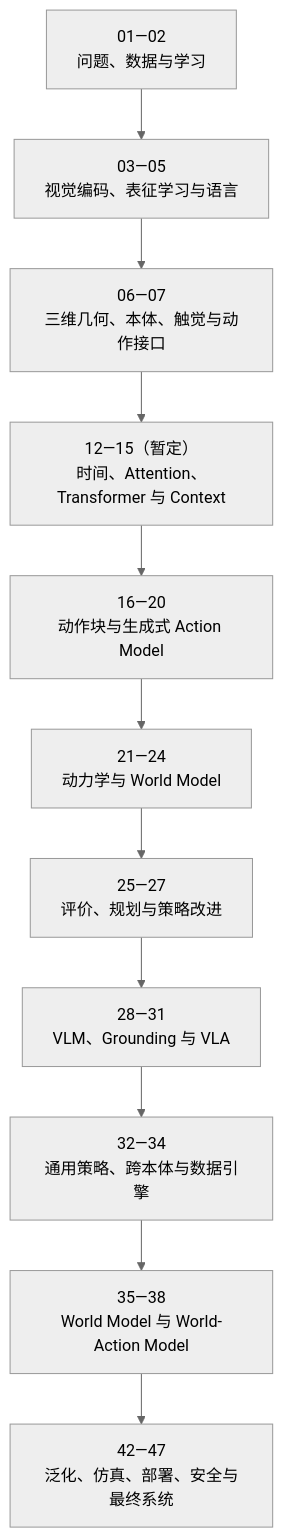
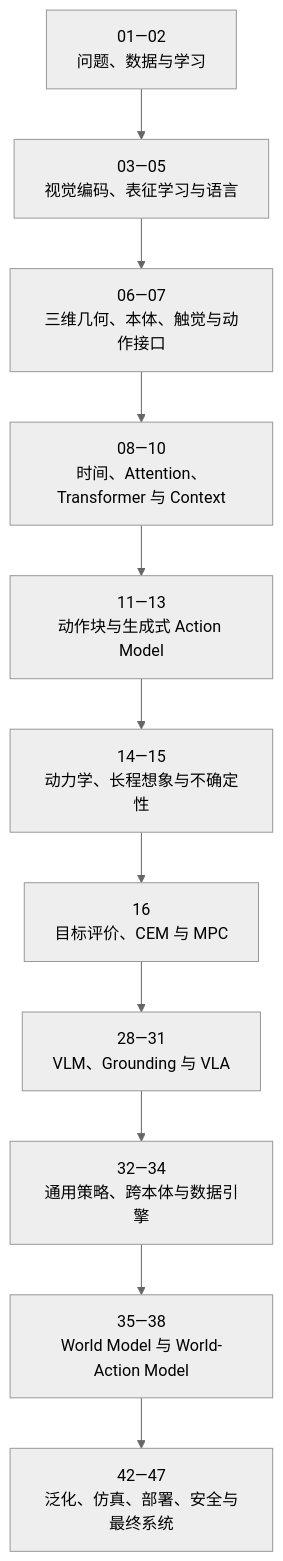
One commit to qi-robotics/robot-world-model-tutorial changed the second of 2 diagrams in 机器人世界动作模型_课程框架.md. Above: the diagram before and after it, drawn with Mermaid (neutral theme). The commit also changed other lines of this file and 85 other files, not shown here.

```diff
--- a/机器人世界动作模型_课程框架.md
+++ b/机器人世界动作模型_课程框架.md
@@ -1785,13 +1772,13 @@
 ~~~mermaid
 flowchart TB
     A["01—02<br/>问题、数据与学习"] --> B["03—05<br/>视觉编码、表征学习与语言"]
     B --> C["06—07<br/>三维几何、本体、触觉与动作接口"]
-    C --> E["12—15（暂定）<br/>时间、Attention、Transformer 与 Context"]
-    E --> F["16—20<br/>动作块与生成式 Action Model"]
-    F --> G["21—24<br/>动力学与 World Model"]
-    G --> H["25—27<br/>评价、规划与策略改进"]
+    C --> E["08—10<br/>时间、Attention、Transformer 与 Context"]
+    E --> F["11—13<br/>动作块与生成式 Action Model"]
+    F --> G["14—15<br/>动力学、长程想象与不确定性"]
+    G --> H["16<br/>目标评价、CEM 与 MPC"]
     H --> I["28—31<br/>VLM、Grounding 与 VLA"]
     I --> J["32—34<br/>通用策略、跨本体与数据引擎"]
     J --> K["35—38<br/>World Model 与 World-Action Model"]
     K --> L["42—47<br/>泛化、仿真、部署、安全与最终系统"]
 ~~~
```
